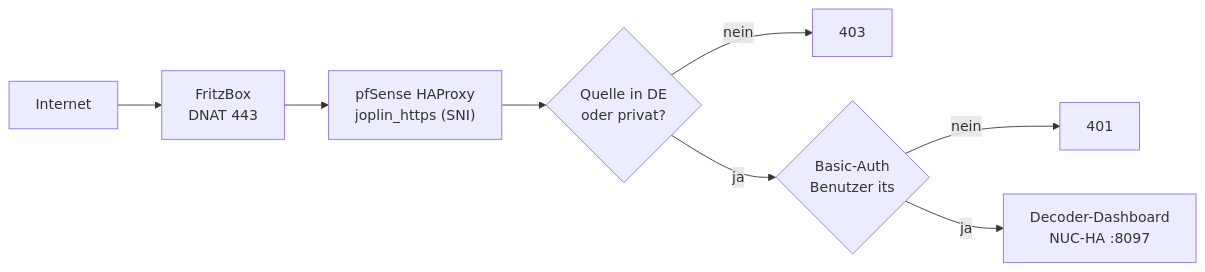
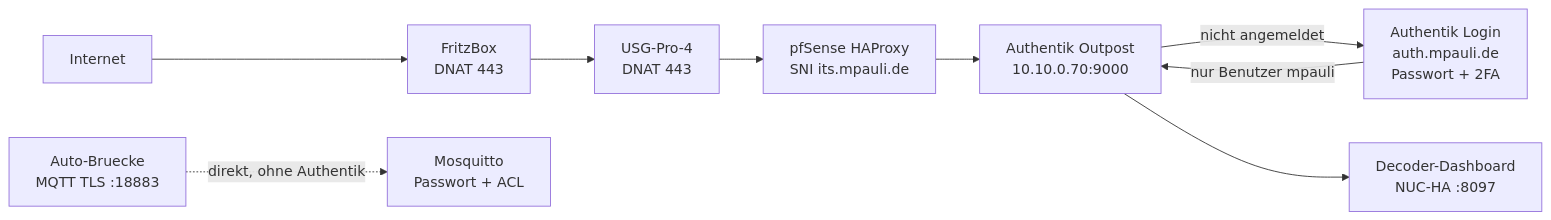
One commit to icepaule/Ice-Traffic-Data changed the diagram in docs/13-dashboard-veroeffentlichen.md. Above: the diagram before and after it, drawn with Mermaid. The commit also changed other lines of this file and 9 other files, not shown here.

Commit message:
Dashboard hinter Authentik SSO+2FA (nur mpauli); MQTT-TLS bleibt direkt

````diff
--- a/docs/13-dashboard-veroeffentlichen.md
+++ b/docs/13-dashboard-veroeffentlichen.md
@@ -9,10 +9,11 @@
 ```mermaid
 flowchart LR
     I["Internet"] --> F["FritzBox<br/>DNAT 443"]
-    F --> H["pfSense HAProxy<br/>joplin_https (SNI)"]
-    H --> G{"Quelle in DE<br/>oder privat?"}
-    G -- nein --> X["403"]
-    G -- ja --> A{"Basic-Auth<br/>Benutzer its"}
-    A -- nein --> U["401"]
-    A -- ja --> D["Decoder-Dashboard<br/>NUC-HA :8097"]
+    F --> U["USG-Pro-4<br/>DNAT 443"]
+    U --> H["pfSense HAProxy<br/>SNI its.mpauli.de"]
+    H --> O["Authentik Outpost<br/>10.10.0.70:9000"]
+    O -- "nicht angemeldet" --> A["Authentik Login<br/>auth.mpauli.de<br/>Passwort + 2FA"]
+    A -- "nur Benutzer mpauli" --> O
+    O --> D["Decoder-Dashboard<br/>NUC-HA :8097"]
+    M["Auto-Bruecke<br/>MQTT TLS :18883"] -. "direkt, ohne Authentik" .-> B["Mosquitto<br/>Passwort + ACL"]
 ```
````
